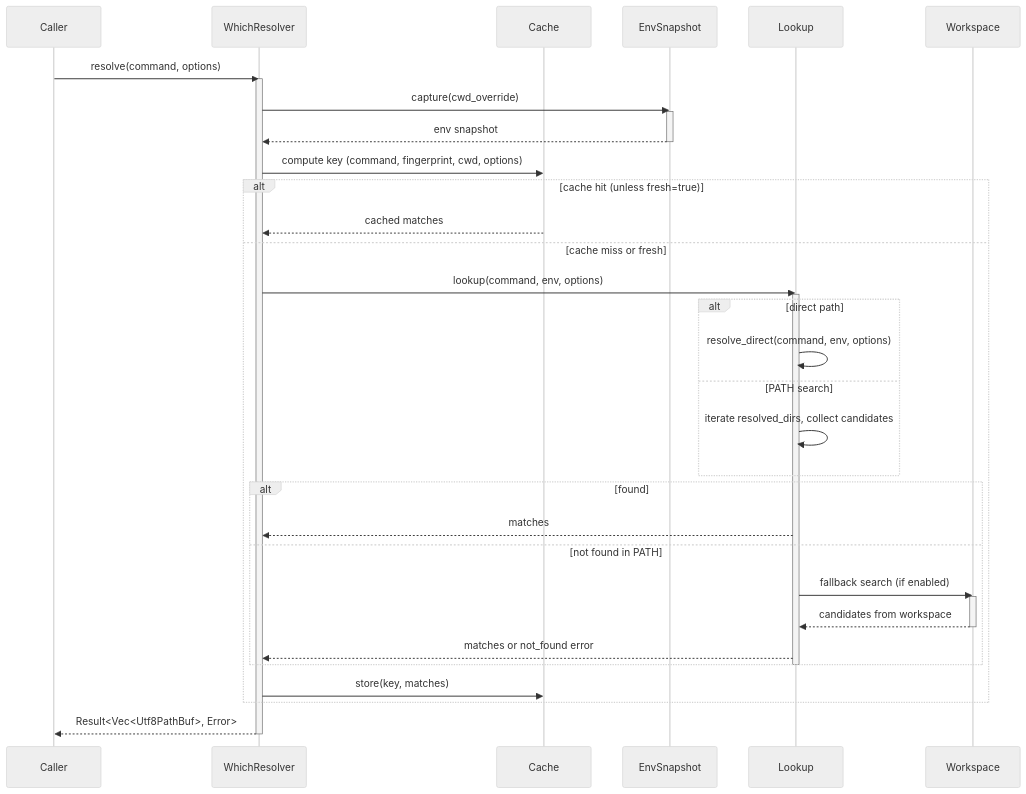
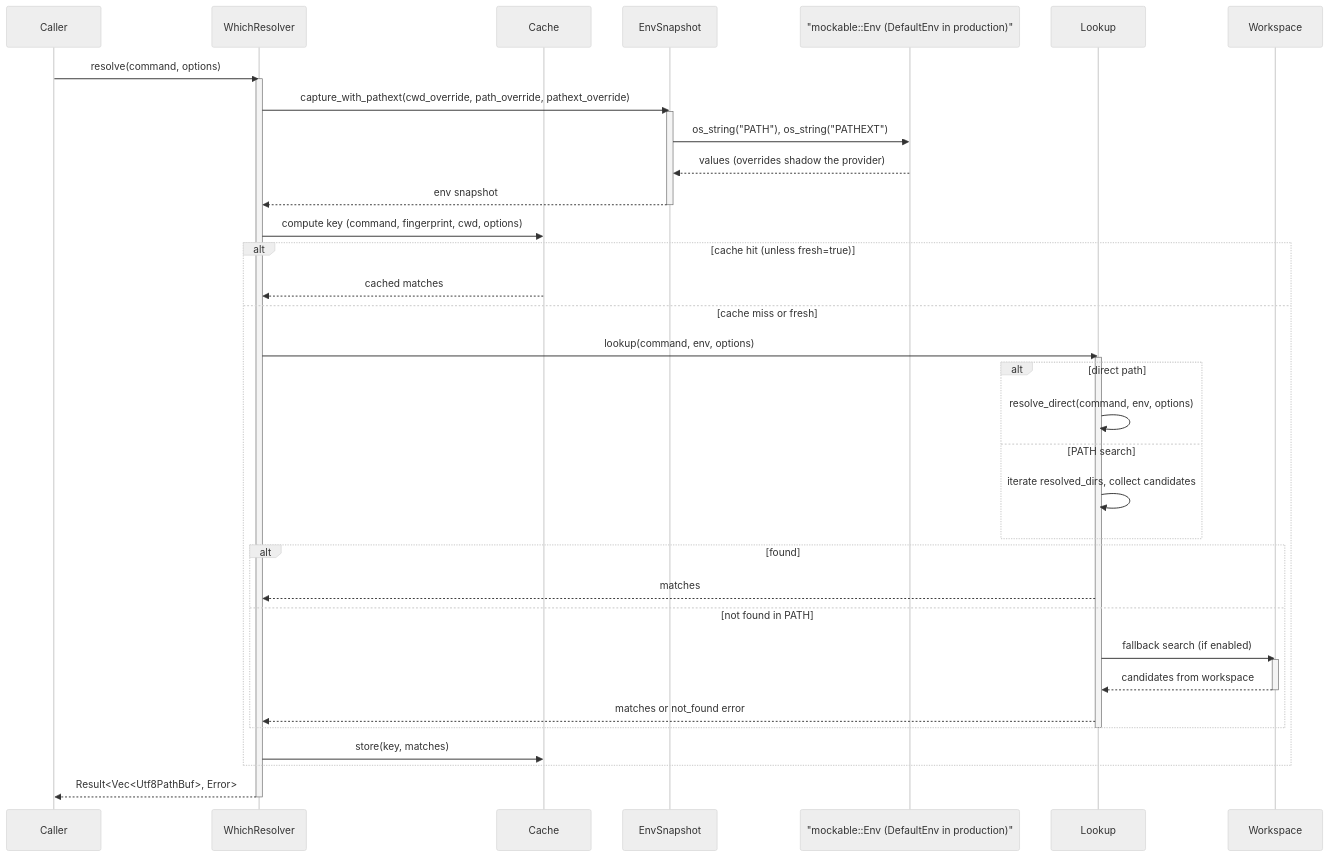
The seventh of 13 diagrams in docs/netsuke-design.md (leynos/netsuke), drawn with Mermaid (neutral theme) before and after one commit. The commit also changed other lines of this file, not shown here.

First line of the commit message:
Bring the design doc's which seam up to the code

````diff
--- a/docs/netsuke-design.md
+++ b/docs/netsuke-design.md
@@ -1462,48 +1507,51 @@
 ```mermaid
 sequenceDiagram
     participant Caller
     participant WhichResolver
     participant Cache
     participant EnvSnapshot
+    participant Env as "mockable::Env (DefaultEnv in production)"
     participant Lookup
     participant Workspace
 
     Caller->>WhichResolver: resolve(command, options)
     activate WhichResolver
 
-    WhichResolver->>EnvSnapshot: capture(cwd_override)
+    WhichResolver->>EnvSnapshot: capture_with_pathext(cwd_override, path_override, pathext_override)
     activate EnvSnapshot
+    EnvSnapshot->>Env: os_string("PATH"), os_string("PATHEXT")
+    Env-->>EnvSnapshot: values (overrides shadow the provider)
     EnvSnapshot-->>WhichResolver: env snapshot
     deactivate EnvSnapshot
 
     WhichResolver->>Cache: compute key (command, fingerprint, cwd, options)
 
     alt cache hit (unless fresh=true)
         Cache-->>WhichResolver: cached matches
     else cache miss or fresh
         WhichResolver->>Lookup: lookup(command, env, options)
         activate Lookup
 
         alt direct path
             Lookup->>Lookup: resolve_direct(command, env, options)
         else PATH search
             Lookup->>Lookup: iterate resolved_dirs, collect candidates
         end
 
         alt found
             Lookup-->>WhichResolver: matches
         else not found in PATH
             Lookup->>Workspace: fallback search (if enabled)
             activate Workspace
             Workspace-->>Lookup: candidates from workspace
             deactivate Workspace
             Lookup-->>WhichResolver: matches or not_found error
         end
         deactivate Lookup
 
         WhichResolver->>Cache: store(key, matches)
     end
 
     WhichResolver-->>Caller: Result<Vec<Utf8PathBuf>, Error>
     deactivate WhichResolver
 ```
````
